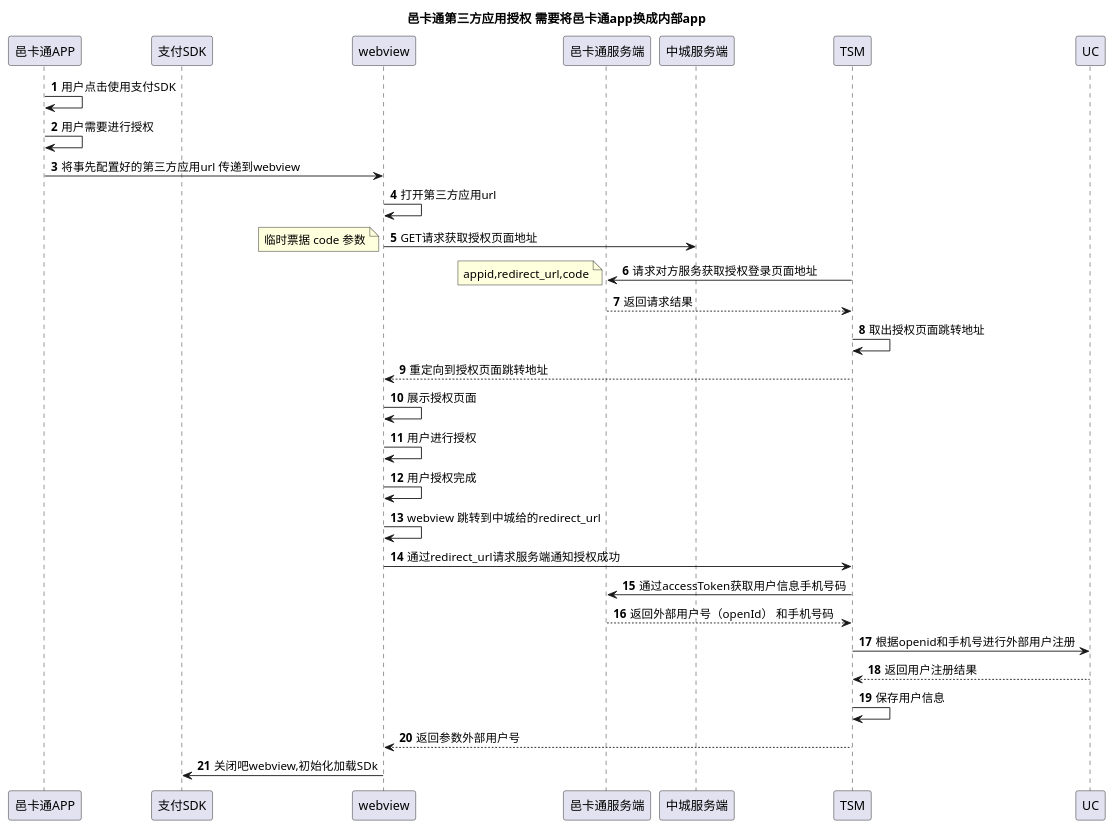
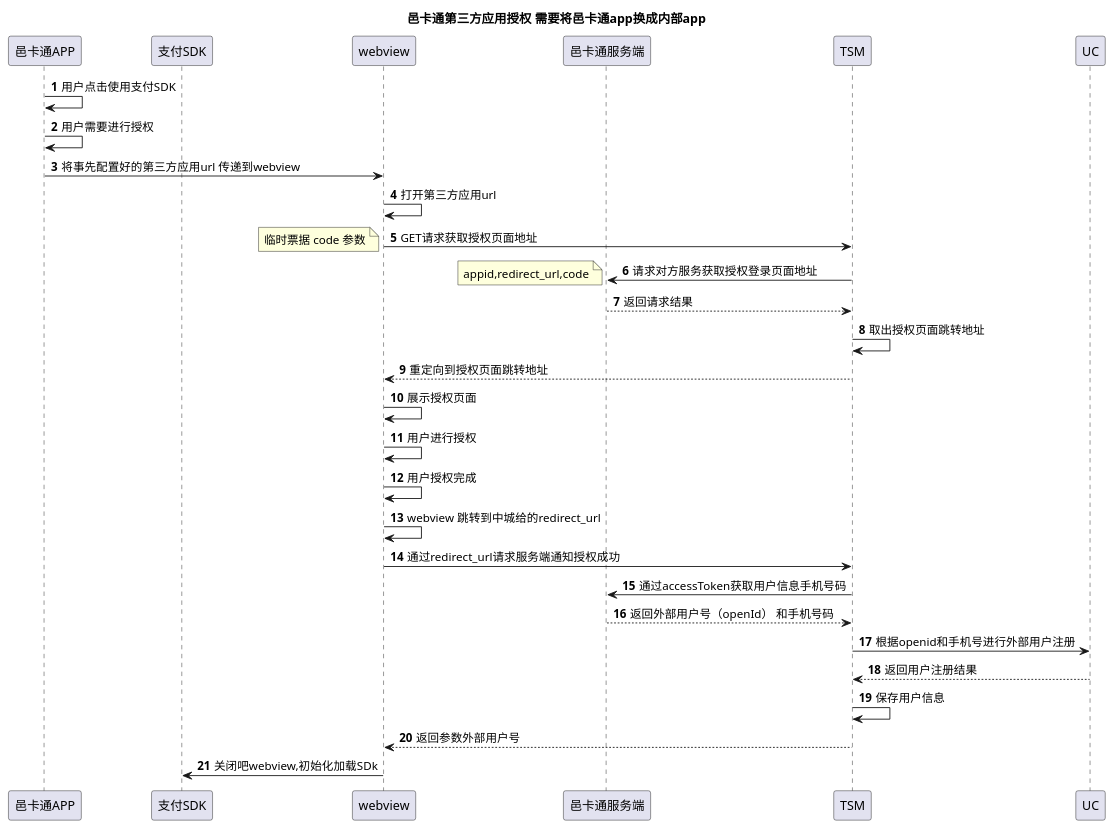
The diagram in doc/邑卡通第三方应用授权2.puml (13589080127/zc-design), drawn with PlantUML before and after one commit. The commit also changed 9 other files, not shown here.

Commit message:
增加uml 图

```diff
--- a/doc/邑卡通第三方应用授权2.puml
+++ b/doc/邑卡通第三方应用授权2.puml
@@ -1,31 +1,31 @@
 @startuml
 title:邑卡通第三方应用授权 需要将邑卡通app换成内部app
 participant  邑卡通APP as 邑卡通APP
 participant  支付SDK as 支付SDK
 participant  webview as webview
 participant  邑卡通服务端 as 邑卡通服务端
 autonumber
 邑卡通APP->邑卡通APP:用户点击使用支付SDK
 邑卡通APP->邑卡通APP:用户需要进行授权
 邑卡通APP->webview:将事先配置好的第三方应用url 传递到webview
 webview->webview:打开第三方应用url
-webview->中城服务端:GET请求获取授权页面地址
+webview->TSM:GET请求获取授权页面地址
 note left: 临时票据 code 参数
 TSM->邑卡通服务端:请求对方服务获取授权登录页面地址
 note left: appid,redirect_url,code
 邑卡通服务端-->TSM:返回请求结果
 TSM->TSM:取出授权页面跳转地址
 TSM-->webview:重定向到授权页面跳转地址
 webview->webview:展示授权页面
 webview->webview:用户进行授权
 webview->webview:用户授权完成
 webview->webview:webview 跳转到中城给的redirect_url
 webview->TSM:通过redirect_url请求服务端通知授权成功
 TSM->邑卡通服务端:通过accessToken获取用户信息手机号码
 邑卡通服务端-->TSM:返回外部用户号（openId） 和手机号码
 TSM->UC:根据openid和手机号进行外部用户注册
 UC-->TSM:返回用户注册结果
 TSM->TSM:保存用户信息
 TSM-->webview:返回参数外部用户号
 webview->支付SDK:关闭吧webview,初始化加载SDk
 @enduml
```
